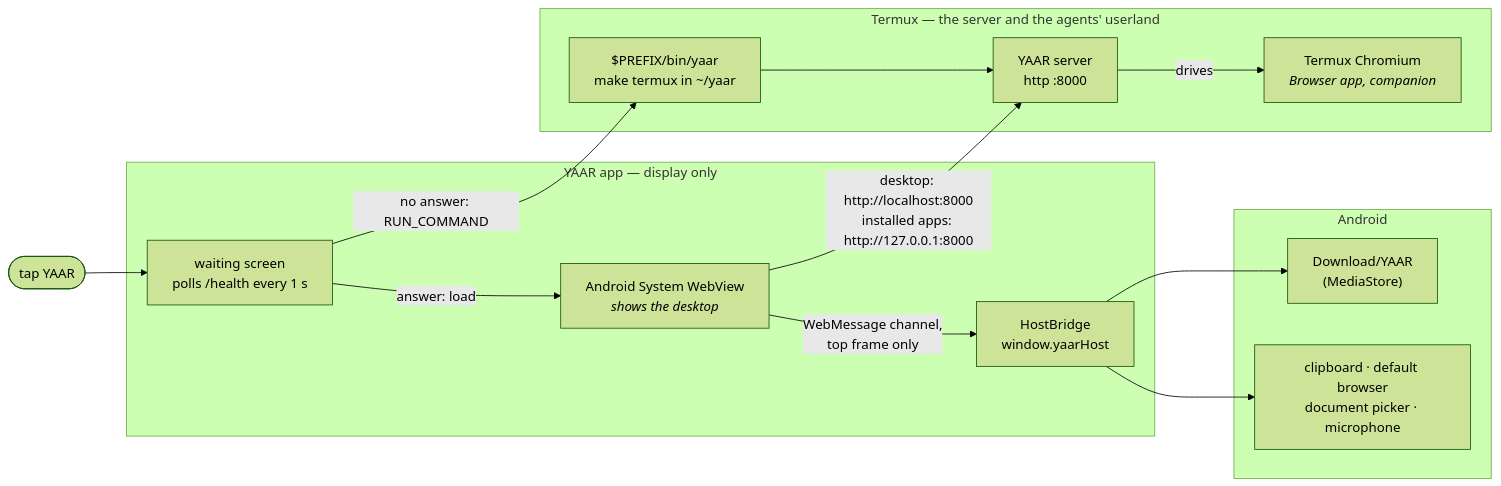
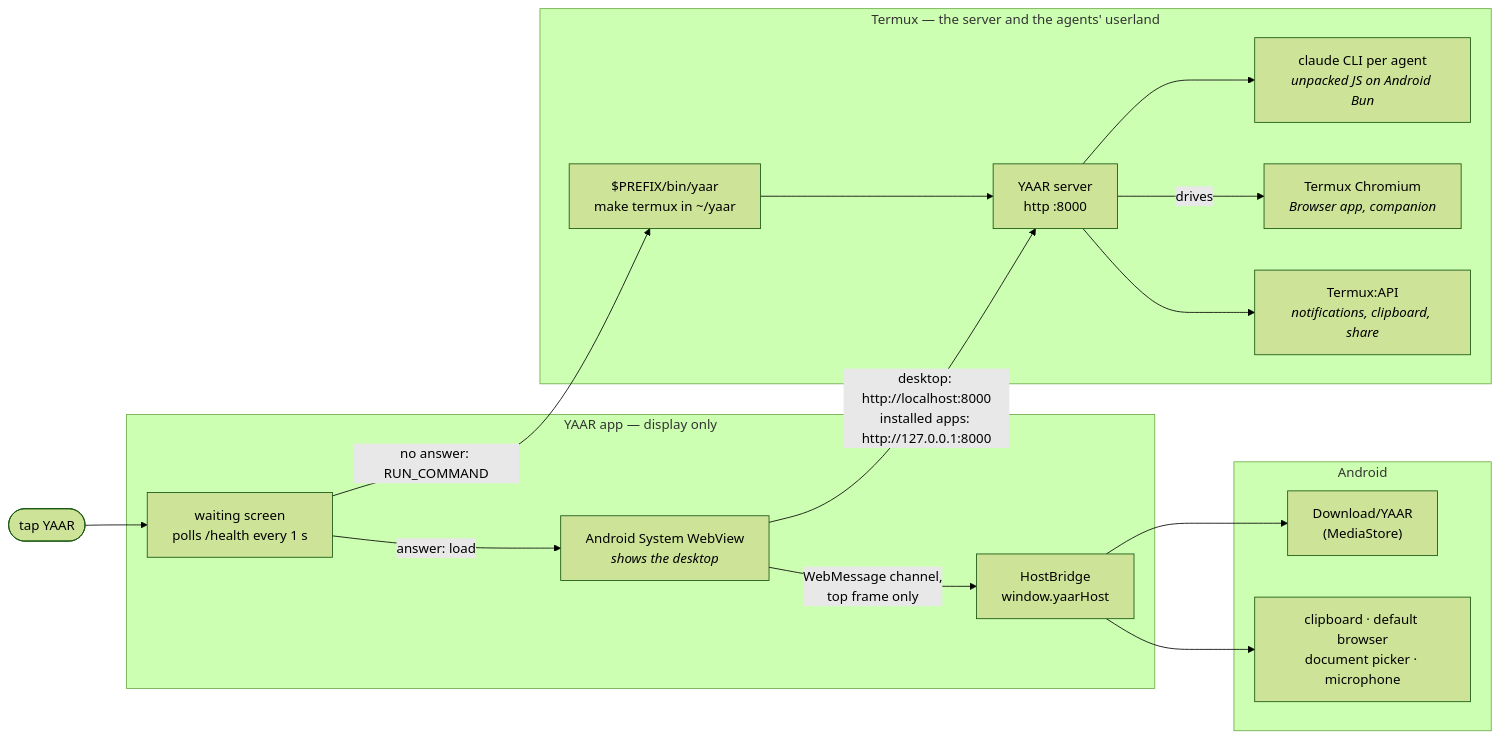
Before and after one commit to sorryhyun/yaar: the diagram in docs/installations/android.md, drawn with Mermaid (forest theme). The commit also changed other lines of this file and 3 other files, not shown here.

First line of the commit message:
feat(install): Termux gets Chromium, and the Android docs split by audience

````diff
--- a/docs/installations/android.md
+++ b/docs/installations/android.md
@@ -21,31 +24,35 @@
 ```mermaid
 flowchart LR
   you(["tap YAAR"])
 
   subgraph apk["YAAR app — display only"]
     wait["waiting screen<br/>polls /health every 1 s"]
     web["Android System WebView<br/><i>shows the desktop</i>"]
     host["HostBridge<br/>window.yaarHost"]
   end
 
   subgraph termux["Termux — the server and the agents' userland"]
     yaar["$PREFIX/bin/yaar<br/>make termux in ~/yaar"]
     server["YAAR server<br/>http :8000"]
+    claude["claude CLI per agent<br/><i>unpacked JS on Android Bun</i>"]
     chromium["Termux Chromium<br/><i>Browser app, companion</i>"]
+    api["Termux:API<br/><i>notifications, clipboard, share</i>"]
   end
 
   subgraph android["Android"]
     media["Download/YAAR<br/>(MediaStore)"]
     clip["clipboard · default browser<br/>document picker · microphone"]
   end
 
   you --> wait
   wait -- "no answer: RUN_COMMAND" --> yaar
   yaar --> server
   wait -- "answer: load" --> web
   web -- "desktop: http://localhost:8000<br/>installed apps: http://127.0.0.1:8000" --> server
   web -- "WebMessage channel,<br/>top frame only" --> host
   host --> media
   host --> clip
+  server --> claude
   server -- "drives" --> chromium
+  server --> api
 ```
````
